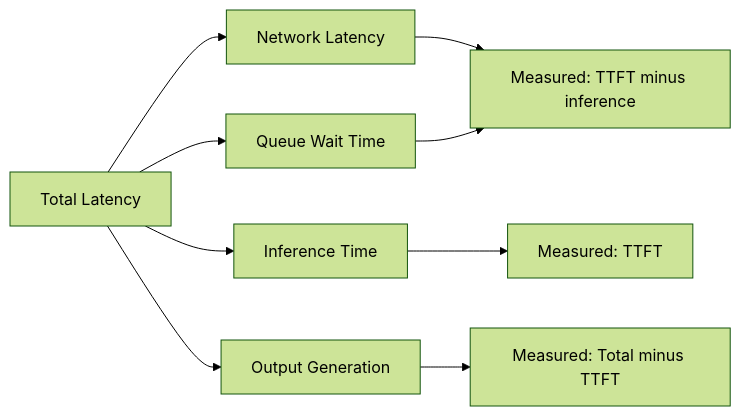
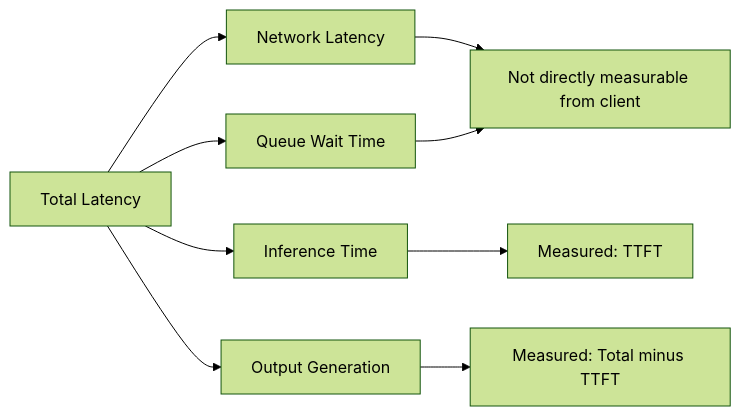
The second of 2 diagrams in posts/2026-02-06-track-token-usage-prompt-costs-model-latency-opentelemetry/README.md (OneUptime/blog), drawn with Mermaid (forest theme) before and after one commit. The commit also changed other lines of this file and 2 other files, not shown here.

````diff
--- a/posts/2026-02-06-track-token-usage-prompt-costs-model-latency-opentelemetry/README.md
+++ b/posts/2026-02-06-track-token-usage-prompt-costs-model-latency-opentelemetry/README.md
@@ -416,12 +457,12 @@
 ```mermaid
 flowchart LR
     A[Total Latency] --> B[Network Latency]
     A --> C[Queue Wait Time]
     A --> D[Inference Time]
     A --> E[Output Generation]
 
-    B --> F[Measured: TTFT minus inference]
+    B --> F[Not directly measurable from client]
     C --> F
     D --> G[Measured: TTFT]
     E --> H[Measured: Total minus TTFT]
 ```
````
